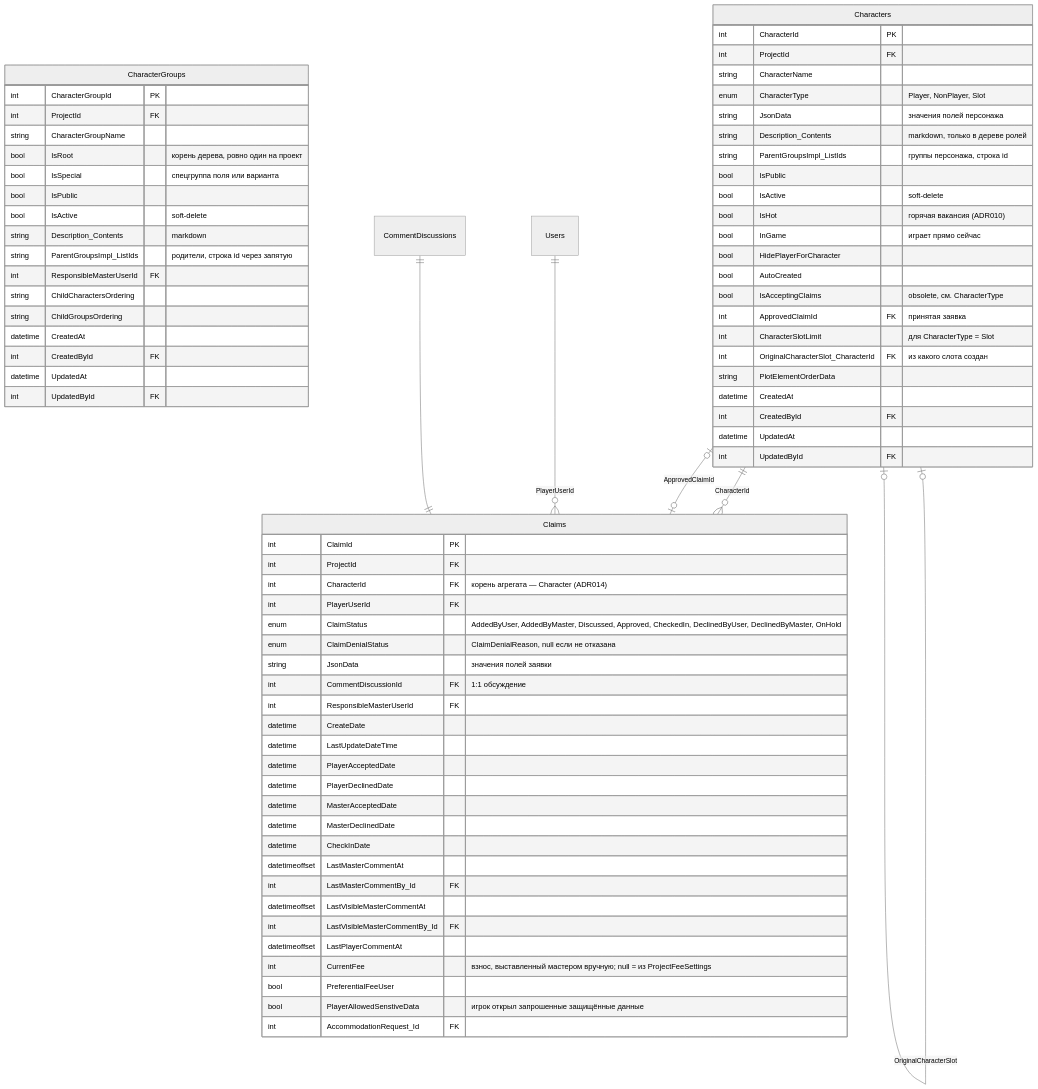
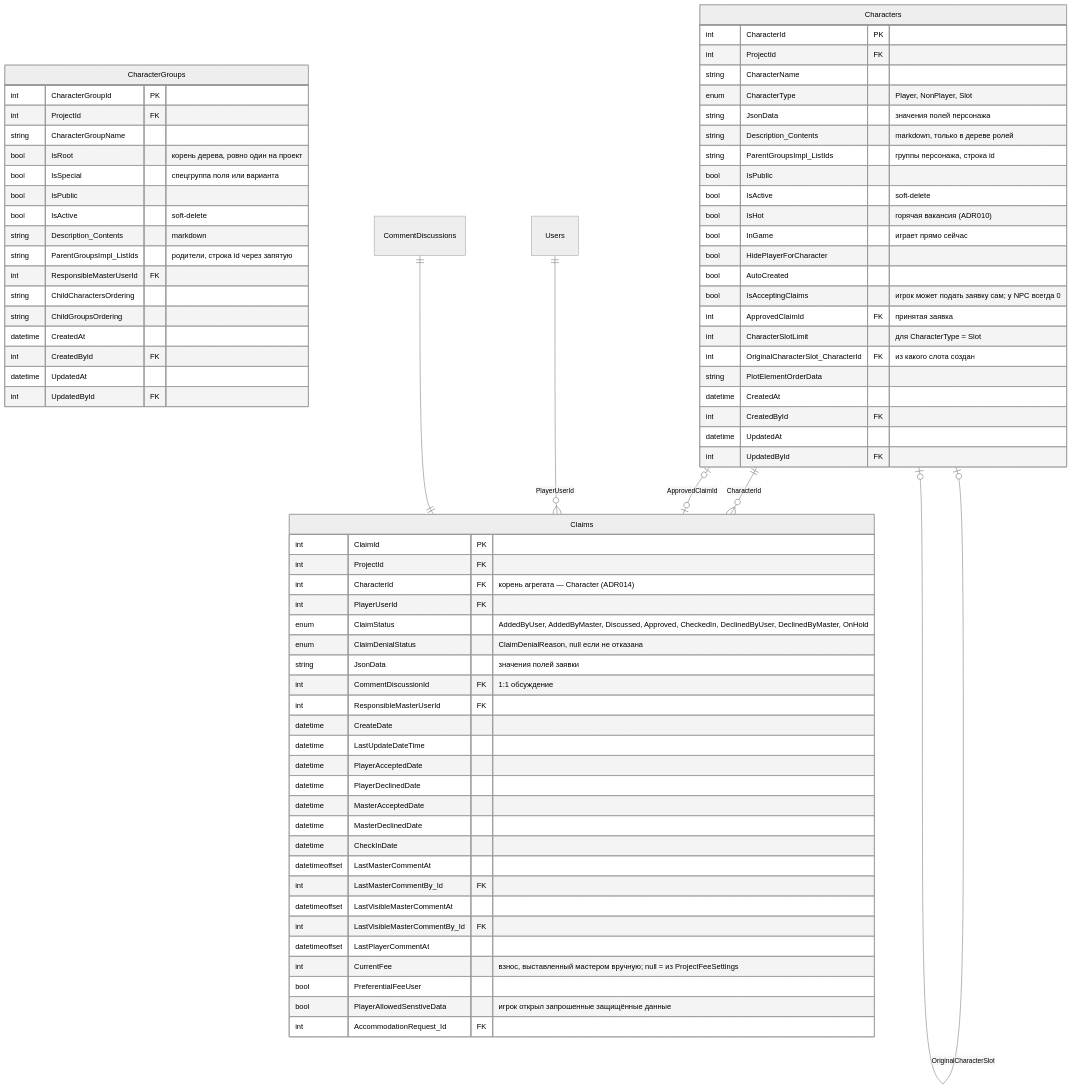
One commit to joinrpg/joinrpg-net changed the fourth of 11 diagrams in docs/db-schema.md. Above: the diagram before and after it, drawn with Mermaid (neutral theme). The commit also changed 21 other files, not shown here.

First line of the commit message:
feat(Characters): флаг «игрок может подать заявку» в домене и правилах (#3303, PR 2) (#5912)

````diff
--- a/docs/db-schema.md
+++ b/docs/db-schema.md
@@ -318,80 +318,80 @@
 ```mermaid
 erDiagram
     CharacterGroups {
         int CharacterGroupId PK
         int ProjectId FK
         string CharacterGroupName
         bool IsRoot "корень дерева, ровно один на проект"
         bool IsSpecial "спецгруппа поля или варианта"
         bool IsPublic
         bool IsActive "soft-delete"
         string Description_Contents "markdown"
         string ParentGroupsImpl_ListIds "родители, строка id через запятую"
         int ResponsibleMasterUserId FK
         string ChildCharactersOrdering
         string ChildGroupsOrdering
         datetime CreatedAt
         int CreatedById FK
         datetime UpdatedAt
         int UpdatedById FK
     }
 
     Characters {
         int CharacterId PK
         int ProjectId FK
         string CharacterName
         enum CharacterType "Player, NonPlayer, Slot"
         string JsonData "значения полей персонажа"
         string Description_Contents "markdown, только в дереве ролей"
         string ParentGroupsImpl_ListIds "группы персонажа, строка id"
         bool IsPublic
         bool IsActive "soft-delete"
         bool IsHot "горячая вакансия (ADR010)"
         bool InGame "играет прямо сейчас"
         bool HidePlayerForCharacter
         bool AutoCreated
-        bool IsAcceptingClaims "obsolete, см. CharacterType"
+        bool IsAcceptingClaims "игрок может подать заявку сам; у NPC всегда 0"
         int ApprovedClaimId FK "принятая заявка"
         int CharacterSlotLimit "для CharacterType = Slot"
         int OriginalCharacterSlot_CharacterId FK "из какого слота создан"
         string PlotElementOrderData
         datetime CreatedAt
         int CreatedById FK
         datetime UpdatedAt
         int UpdatedById FK
     }
 
     Claims {
         int ClaimId PK
         int ProjectId FK
         int CharacterId FK "корень агрегата — Character (ADR014)"
         int PlayerUserId FK
         enum ClaimStatus "AddedByUser, AddedByMaster, Discussed, Approved, CheckedIn, DeclinedByUser, DeclinedByMaster, OnHold"
         enum ClaimDenialStatus "ClaimDenialReason, null если не отказана"
         string JsonData "значения полей заявки"
         int CommentDiscussionId FK "1:1 обсуждение"
         int ResponsibleMasterUserId FK
         datetime CreateDate
         datetime LastUpdateDateTime
         datetime PlayerAcceptedDate
         datetime PlayerDeclinedDate
         datetime MasterAcceptedDate
         datetime MasterDeclinedDate
         datetime CheckInDate
         datetimeoffset LastMasterCommentAt
         int LastMasterCommentBy_Id FK
         datetimeoffset LastVisibleMasterCommentAt
         int LastVisibleMasterCommentBy_Id FK
         datetimeoffset LastPlayerCommentAt
         int CurrentFee "взнос, выставленный мастером вручную; null = из ProjectFeeSettings"
         bool PreferentialFeeUser
         bool PlayerAllowedSenstiveData "игрок открыл запрошенные защищённые данные"
         int AccommodationRequest_Id FK
     }
 
     Characters ||--o{ Claims : "CharacterId"
     Characters |o--o| Claims : "ApprovedClaimId"
     Characters |o--o| Characters : "OriginalCharacterSlot"
     Users ||--o{ Claims : "PlayerUserId"
     CommentDiscussions ||--|| Claims : ""
 ```
````
